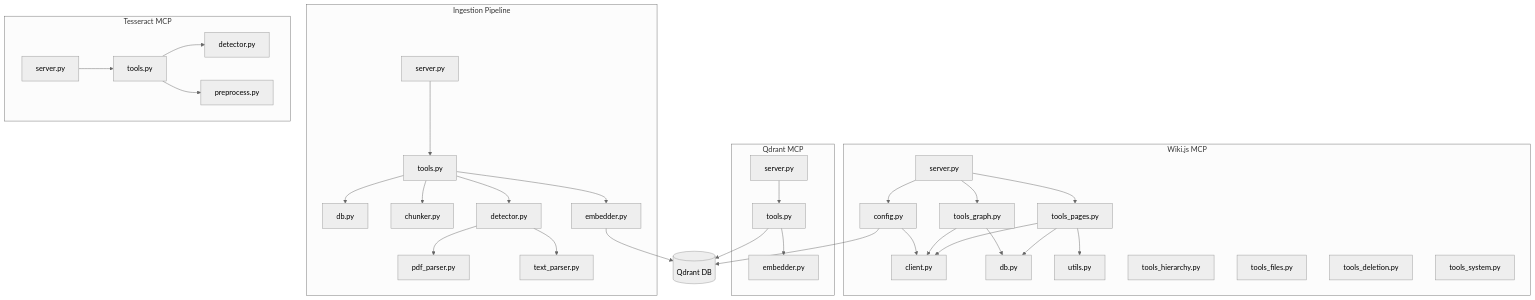
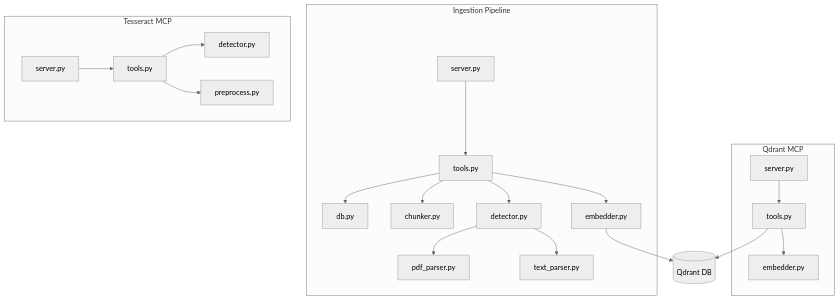
Before and after one commit to Michelangelo-Pinto/pinto-llm-wiki: the diagram in doc_v4/architecture/modules.md, drawn with Mermaid (neutral theme). The commit also changed other lines of this file and 34 other files, not shown here.

````diff
--- a/doc_v4/architecture/modules.md
+++ b/doc_v4/architecture/modules.md
@@ -49,68 +35,43 @@
 ```mermaid
 flowchart TB
-    subgraph WikiMCP [Wiki.js MCP]
-        WMCP_server[server.py]
-        WMCP_client[client.py]
-        WMCP_config[config.py]
-        WMCP_db[db.py]
-        WMCP_utils[utils.py]
-        WMCP_pages[tools_pages.py]
-        WMCP_graph[tools_graph.py]
-        WMCP_hierarchy[tools_hierarchy.py]
-        WMCP_files[tools_files.py]
-        WMCP_deletion[tools_deletion.py]
-        WMCP_system[tools_system.py]
-    end
-
     subgraph QdrantMCP [Qdrant MCP]
         QMCP_server[server.py]
         QMCP_tools[tools.py]
         QMCP_embedder[embedder.py]
     end
 
     subgraph IngestionMCP [Ingestion Pipeline]
         IMCP_server[server.py]
         IMCP_tools[tools.py]
         IMCP_db[db.py]
         IMCP_chunker[chunker.py]
         IMCP_embedder[embedder.py]
         IMCP_detector[detector.py]
         IMCP_pdf[pdf_parser.py]
         IMCP_text[text_parser.py]
     end
 
     subgraph TesseractMCP [Tesseract MCP]
         TMCP_server[server.py]
         TMCP_tools[tools.py]
         TMCP_detector[detector.py]
         TMCP_preprocess[preprocess.py]
     end
 
-    WMCP_server --> WMCP_config
-    WMCP_server --> WMCP_pages
-    WMCP_server --> WMCP_graph
-    WMCP_pages --> WMCP_client
-    WMCP_pages --> WMCP_db
-    WMCP_pages --> WMCP_utils
-    WMCP_graph --> WMCP_client
-    WMCP_graph --> WMCP_db
-    WMCP_config --> WMCP_client
-    WMCP_config --> Qdrant[(Qdrant DB)]
-
     QMCP_server --> QMCP_tools
     QMCP_tools --> QMCP_embedder
-    QMCP_tools --> Qdrant
+    QMCP_tools --> Qdrant[(Qdrant DB)]
 
     IMCP_server --> IMCP_tools
     IMCP_tools --> IMCP_detector
     IMCP_tools --> IMCP_chunker
     IMCP_tools --> IMCP_embedder
     IMCP_tools --> IMCP_db
     IMCP_detector --> IMCP_pdf
     IMCP_detector --> IMCP_text
     IMCP_embedder --> Qdrant
 
     TMCP_server --> TMCP_tools
     TMCP_tools --> TMCP_detector
     TMCP_tools --> TMCP_preprocess
 ```
````
